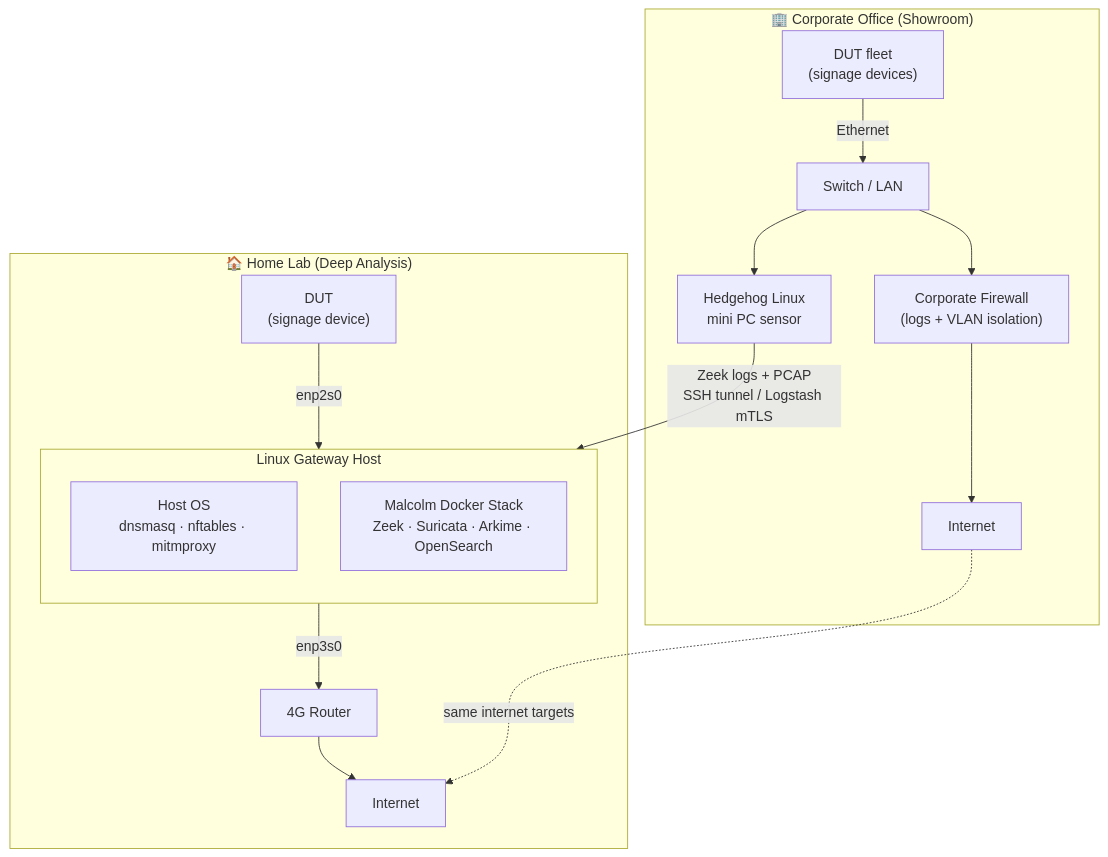
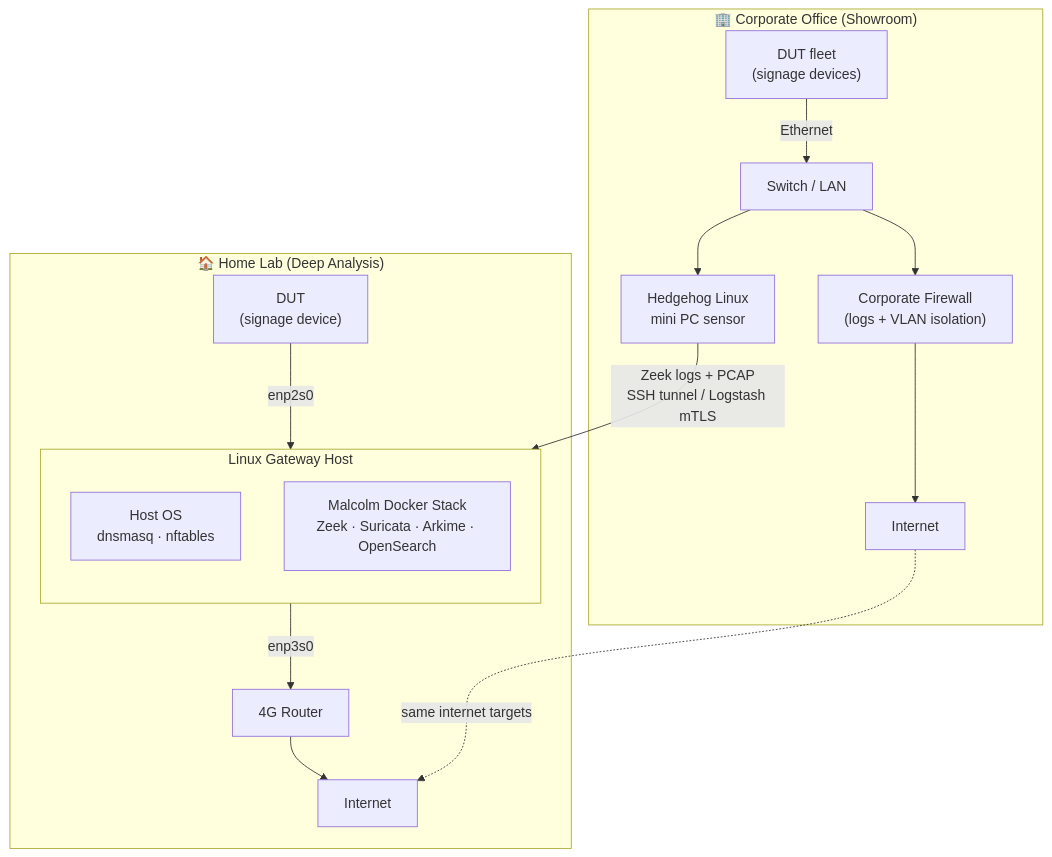
Before and after one commit to tommiLipponen/android-test-protocol: the second of 2 diagrams in README.md, drawn with Mermaid. The commit also changed other lines of this file, not shown here.

Commit message:
README: remove mitmproxy, Malcolm-only approach confirmed

````diff
--- a/README.md
+++ b/README.md
@@ -68,23 +68,23 @@
 ```mermaid
 flowchart TD
     subgraph OFFICE["🏢 Corporate Office (Showroom)"]
         DUT_O["DUT fleet\n(signage devices)"] -->|Ethernet| SW["Switch / LAN"]
         SW --> HH["Hedgehog Linux\nmini PC sensor"]
         SW --> FW["Corporate Firewall\n(logs + VLAN isolation)"]
         FW --> INET_O["Internet"]
     end
 
     subgraph HOMELAB["🏠 Home Lab (Deep Analysis)"]
         DUT_H["DUT\n(signage device)"] -->|enp2s0| GW
         subgraph GW["Linux Gateway Host"]
             direction TB
-            INFRA["Host OS\ndnsmasq · nftables · mitmproxy"]
+            INFRA["Host OS\ndnsmasq · nftables"]
             MALCOLM["Malcolm Docker Stack\nZeek · Suricata · Arkime · OpenSearch"]
         end
         GW -->|enp3s0| R4G["4G Router"]
         R4G --> INET_H["Internet"]
     end
 
     HH -->|Zeek logs + PCAP\nSSH tunnel / Logstash mTLS| MALCOLM
     INET_O -.->|same internet targets| INET_H
 ```
````
